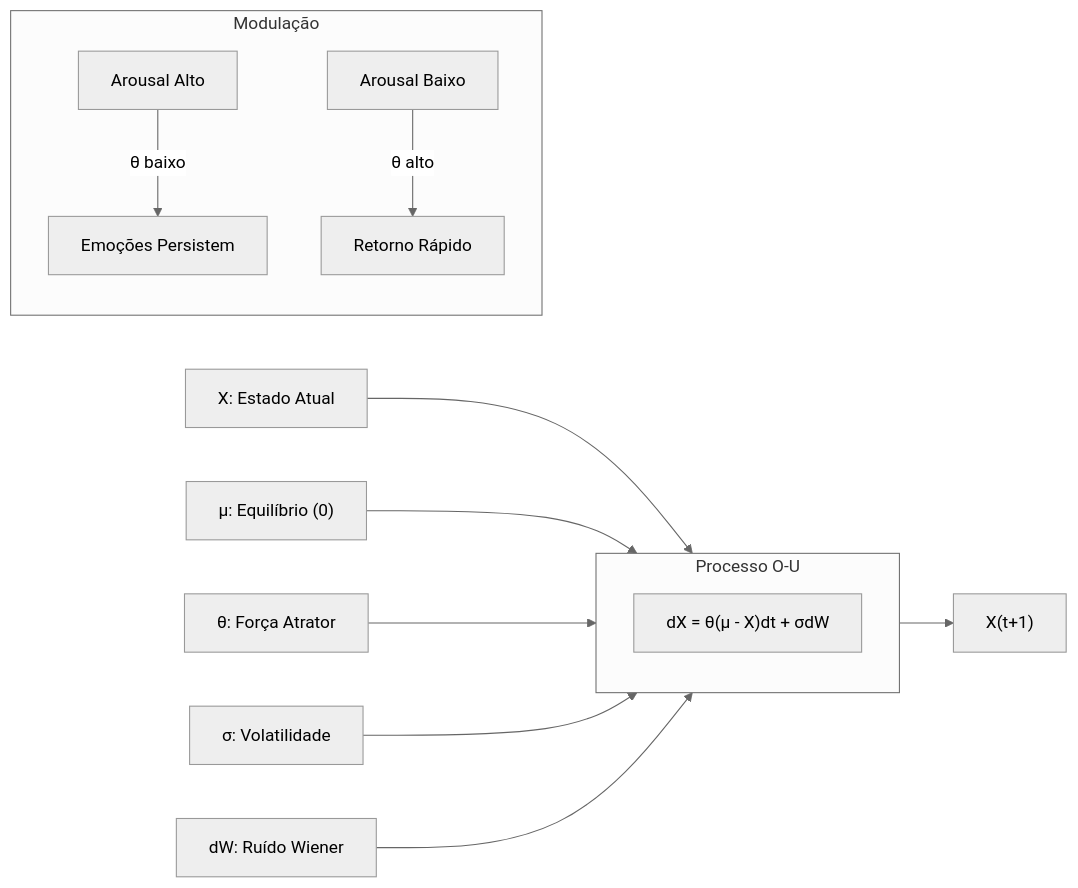
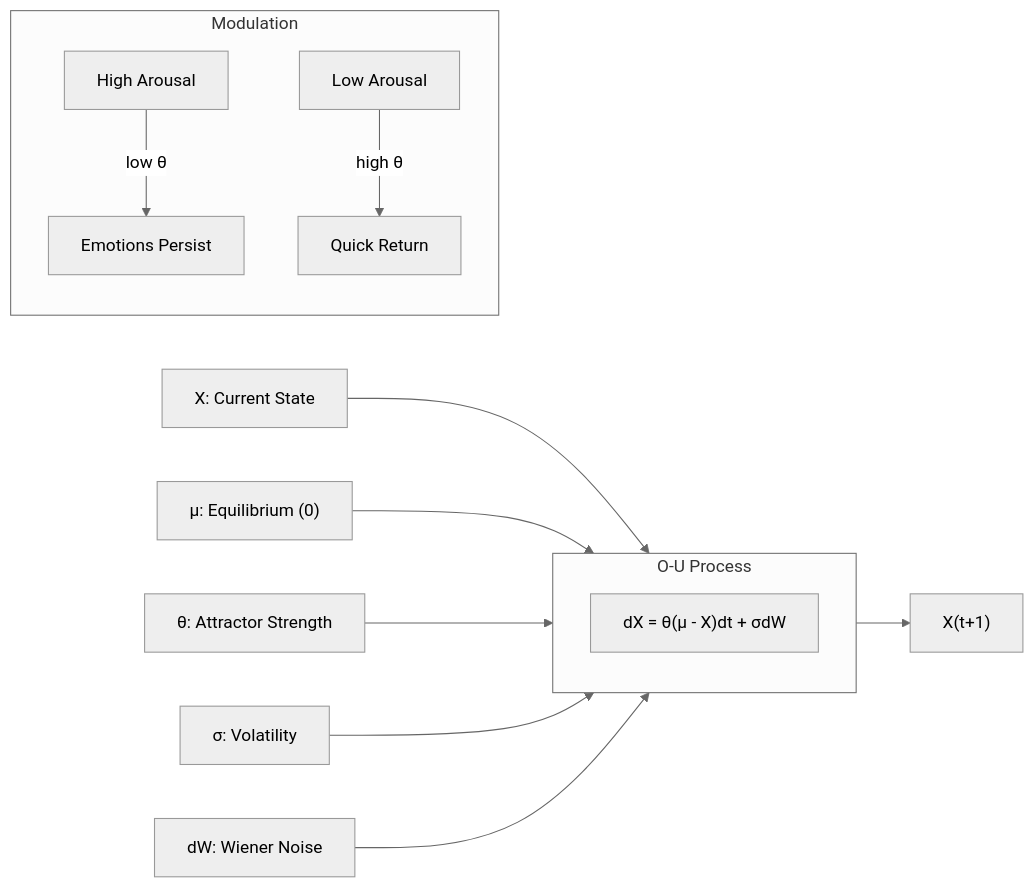
One commit to gabrielmaialva33/viva changed the fourth of 17 diagrams in docs/en/explanation/project-status.md. Above: the diagram before and after it, drawn with Mermaid (neutral theme). The commit also changed other lines of this file and 29 other files, not shown here.

````diff
--- a/docs/en/explanation/project-status.md
+++ b/docs/en/explanation/project-status.md
@@ -107,19 +107,19 @@
 ```mermaid
 flowchart LR
-    subgraph OU["Processo O-U"]
+    subgraph OU["O-U Process"]
         EQ["dX = θ(μ - X)dt + σdW"]
     end
 
-    X["X: Estado Atual"] --> OU
-    MU["μ: Equilíbrio (0)"] --> OU
-    THETA["θ: Força Atrator"] --> OU
-    SIGMA["σ: Volatilidade"] --> OU
-    DW["dW: Ruído Wiener"] --> OU
+    X["X: Current State"] --> OU
+    MU["μ: Equilibrium (0)"] --> OU
+    THETA["θ: Attractor Strength"] --> OU
+    SIGMA["σ: Volatility"] --> OU
+    DW["dW: Wiener Noise"] --> OU
 
     OU --> NEW["X(t+1)"]
 
-    subgraph Modulação
-        AR["Arousal Alto"] -->|"θ baixo"| PERSIST["Emoções Persistem"]
-        AR2["Arousal Baixo"] -->|"θ alto"| RETURN["Retorno Rápido"]
+    subgraph Modulation
+        AR["High Arousal"] -->|"low θ"| PERSIST["Emotions Persist"]
+        AR2["Low Arousal"] -->|"high θ"| RETURN["Quick Return"]
     end
 ```
````
